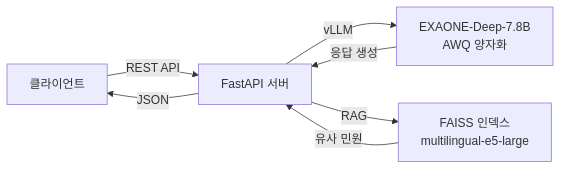
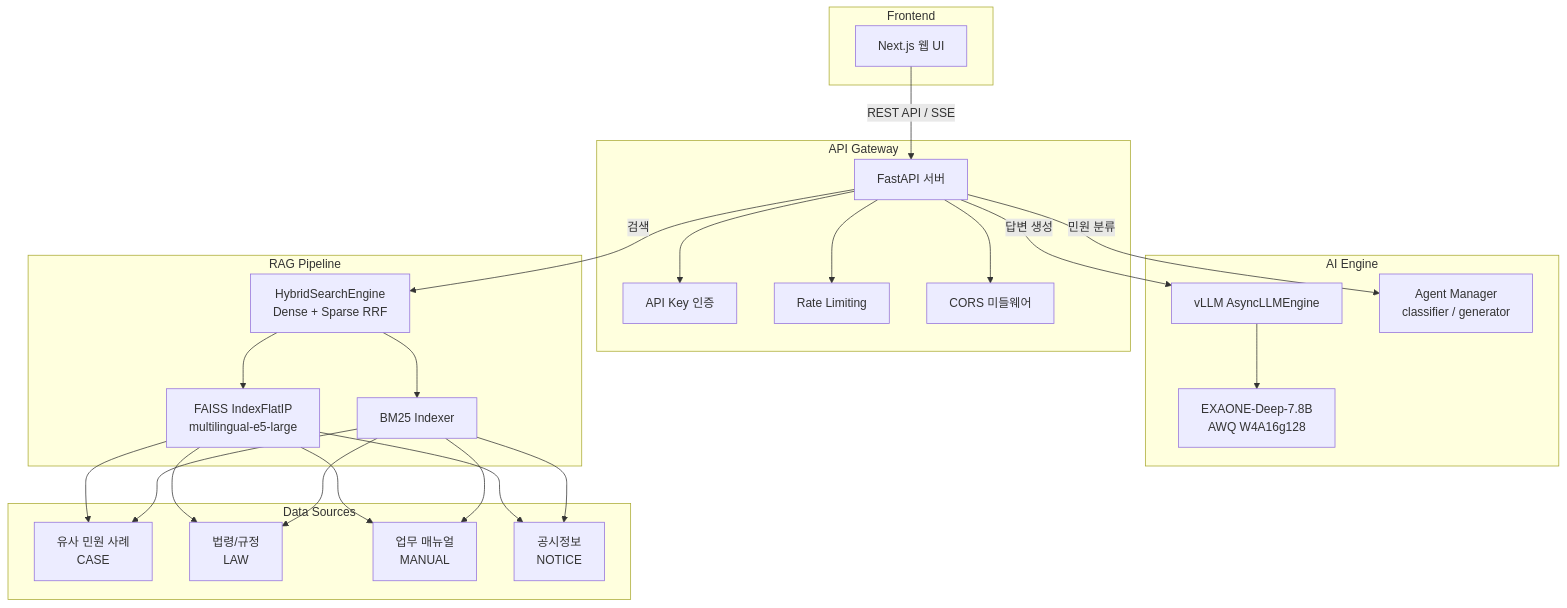
The diagram in site/docs/index.md (yuujjjj/AIOSS_GovOn), drawn with Mermaid before and after one commit. The commit also changed other lines of this file and 26 other files, not shown here.

````diff
--- a/site/docs/index.md
+++ b/site/docs/index.md
@@ -95,9 +48,42 @@
 ```mermaid
-graph LR
-    A[클라이언트] -->|REST API| B[FastAPI 서버]
-    B -->|vLLM| C[EXAONE-Deep-7.8B<br/>AWQ 양자화]
-    B -->|RAG| D[FAISS 인덱스<br/>multilingual-e5-large]
-    D -->|유사 민원| B
-    C -->|응답 생성| B
-    B -->|JSON| A
+graph TB
+    subgraph "Frontend"
+        A[Next.js 웹 UI]
+    end
+
+    subgraph "API Gateway"
+        B[FastAPI 서버]
+        B1[API Key 인증]
+        B2[Rate Limiting]
+        B3[CORS 미들웨어]
+    end
+
+    subgraph "AI Engine"
+        C[vLLM AsyncLLMEngine]
+        D[EXAONE-Deep-7.8B<br/>AWQ W4A16g128]
+        E[Agent Manager<br/>classifier / generator]
+    end
+
+    subgraph "RAG Pipeline"
+        F[FAISS IndexFlatIP<br/>multilingual-e5-large]
+        G[BM25 Indexer]
+        H[HybridSearchEngine<br/>Dense + Sparse RRF]
+    end
+
+    subgraph "Data Sources"
+        I[유사 민원 사례<br/>CASE]
+        J[법령/규정<br/>LAW]
+        K[업무 매뉴얼<br/>MANUAL]
+        L[공시정보<br/>NOTICE]
+    end
+
+    A -->|REST API / SSE| B
+    B --> B1 & B2 & B3
+    B -->|민원 분류| E
+    B -->|답변 생성| C
+    C --> D
+    B -->|검색| H
+    H --> F & G
+    F --> I & J & K & L
+    G --> I & J & K & L
 ```
````
